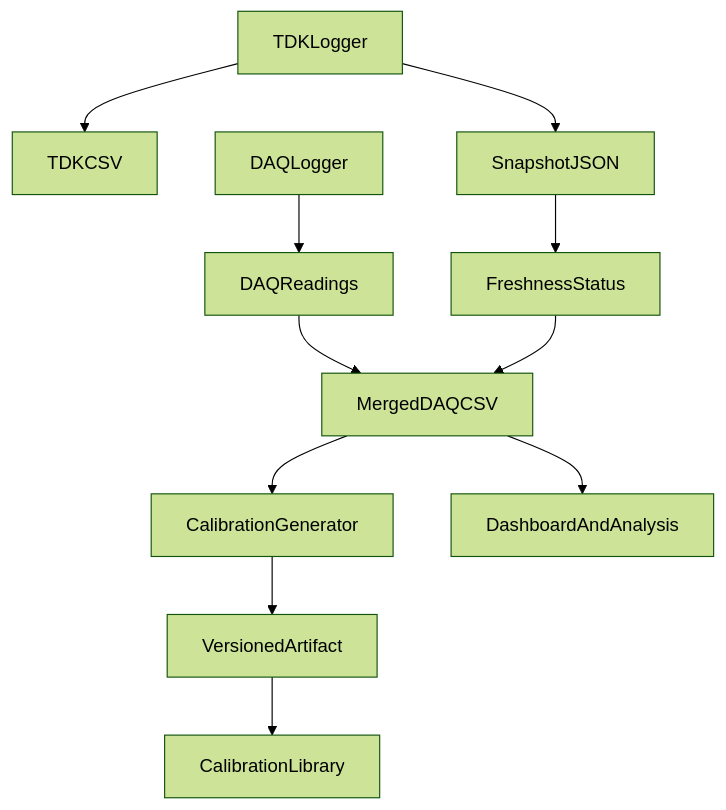
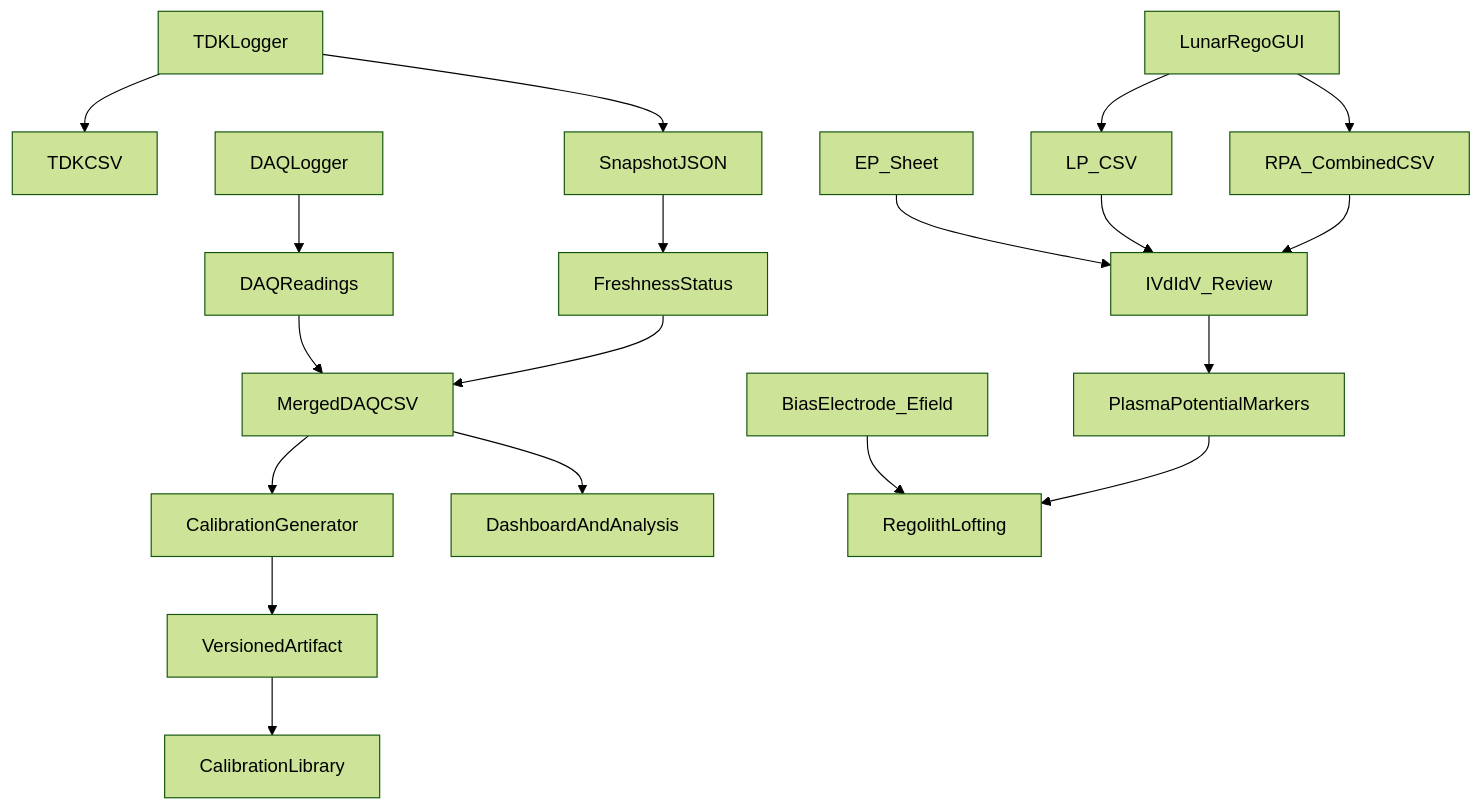
One commit to harshddes/instrumentation-calibration-workbench changed the diagram in README.md. Above: the diagram before and after it, drawn with Mermaid (forest theme). The commit also changed other lines of this file and 18 other files, not shown here.

````diff
--- a/README.md
+++ b/README.md
@@ -76,13 +112,21 @@
 ```mermaid
 flowchart TD
   tdkLogger[TDKLogger] --> tdkCsv[TDKCSV]
   tdkLogger --> snapshot[SnapshotJSON]
   daqLogger[DAQLogger] --> daqReadings[DAQReadings]
   snapshot --> freshness[FreshnessStatus]
   daqReadings --> mergedCsv[MergedDAQCSV]
   freshness --> mergedCsv
   mergedCsv --> calibration[CalibrationGenerator]
   calibration --> artifact[VersionedArtifact]
   artifact --> library[CalibrationLibrary]
   mergedCsv --> dashboard[DashboardAndAnalysis]
+  electrode[BiasElectrode_Efield] --> lofting[RegolithLofting]
+  lunarGui[LunarRegoGUI] --> lpCsv[LP_CSV]
+  lunarGui --> rpaCsv[RPA_CombinedCSV]
+  epSheet[EP_Sheet] --> ivReview[IVdIdV_Review]
+  lpCsv --> ivReview
+  rpaCsv --> ivReview
+  ivReview --> plasmaMarkers[PlasmaPotentialMarkers]
+  plasmaMarkers --> lofting
 ```
````
